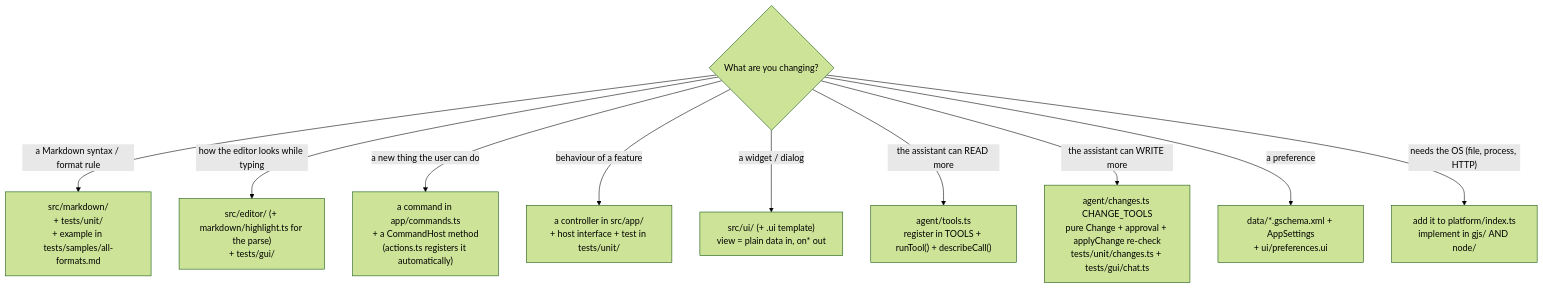
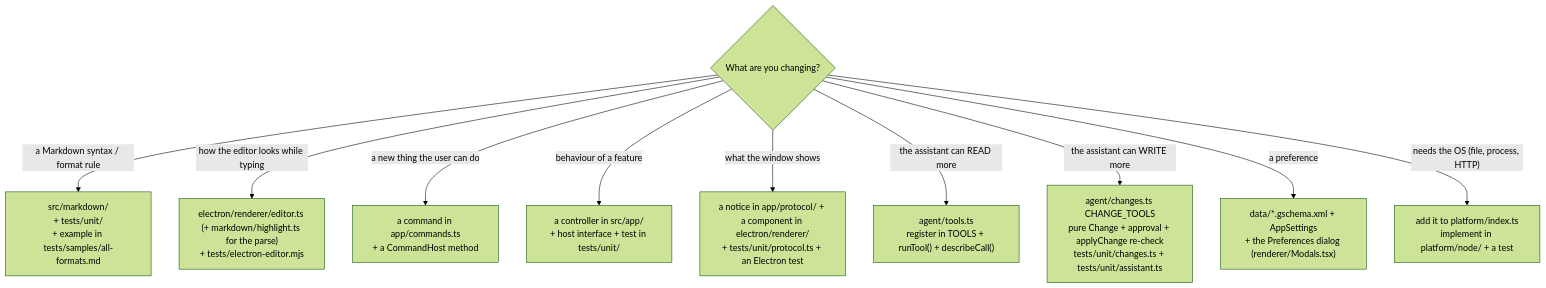
One commit to EkaPutCom/markwork changed diagram 16 of 16 in docs/ONBOARDING.md. Above: the diagram before and after it, drawn with Mermaid (forest theme). The commit also changed other lines of this file and 111 other files, not shown here.

````diff
--- a/docs/ONBOARDING.md
+++ b/docs/ONBOARDING.md
@@ -625,13 +569,13 @@
 ```mermaid
 flowchart TD
     q{"What are you changing?"}
     q -->|"a Markdown syntax / format rule"| r1["src/markdown/<br/>+ tests/unit/<br/>+ example in tests/samples/all-formats.md"]
-    q -->|"how the editor looks while typing"| r2["src/editor/ (+ markdown/highlight.ts for the parse)<br/>+ tests/gui/"]
-    q -->|"a new thing the user can do"| r3["a command in app/commands.ts<br/>+ a CommandHost method<br/>(actions.ts registers it automatically)"]
+    q -->|"how the editor looks while typing"| r2["electron/renderer/editor.ts (+ markdown/highlight.ts for the parse)<br/>+ tests/electron-editor.mjs"]
+    q -->|"a new thing the user can do"| r3["a command in app/commands.ts<br/>+ a CommandHost method"]
     q -->|"behaviour of a feature"| r4["a controller in src/app/<br/>+ host interface + test in tests/unit/"]
-    q -->|"a widget / dialog"| r5["src/ui/ (+ .ui template)<br/>view = plain data in, on* out"]
+    q -->|"what the window shows"| r5["a notice in app/protocol/ + a component in electron/renderer/<br/>+ tests/unit/protocol.ts + an Electron test"]
     q -->|"the assistant can READ more"| r6["agent/tools.ts<br/>register in TOOLS + runTool() + describeCall()"]
-    q -->|"the assistant can WRITE more"| r7["agent/changes.ts CHANGE_TOOLS<br/>pure Change + approval + applyChange re-check<br/>tests/unit/changes.ts + tests/gui/chat.ts"]
-    q -->|"a preference"| r8["data/*.gschema.xml + AppSettings<br/>+ ui/preferences.ui"]
-    q -->|"needs the OS (file, process, HTTP)"| r9["add it to platform/index.ts<br/>implement in gjs/ AND node/"]
+    q -->|"the assistant can WRITE more"| r7["agent/changes.ts CHANGE_TOOLS<br/>pure Change + approval + applyChange re-check<br/>tests/unit/changes.ts + tests/unit/assistant.ts"]
+    q -->|"a preference"| r8["data/*.gschema.xml + AppSettings<br/>+ the Preferences dialog (renderer/Modals.tsx)"]
+    q -->|"needs the OS (file, process, HTTP)"| r9["add it to platform/index.ts<br/>implement in platform/node/ + a test"]
 ```
````
